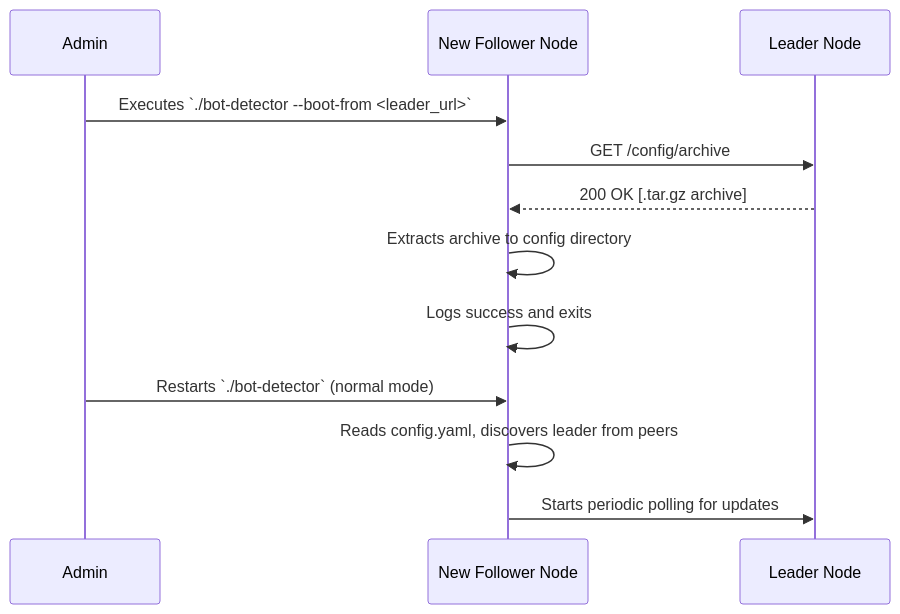
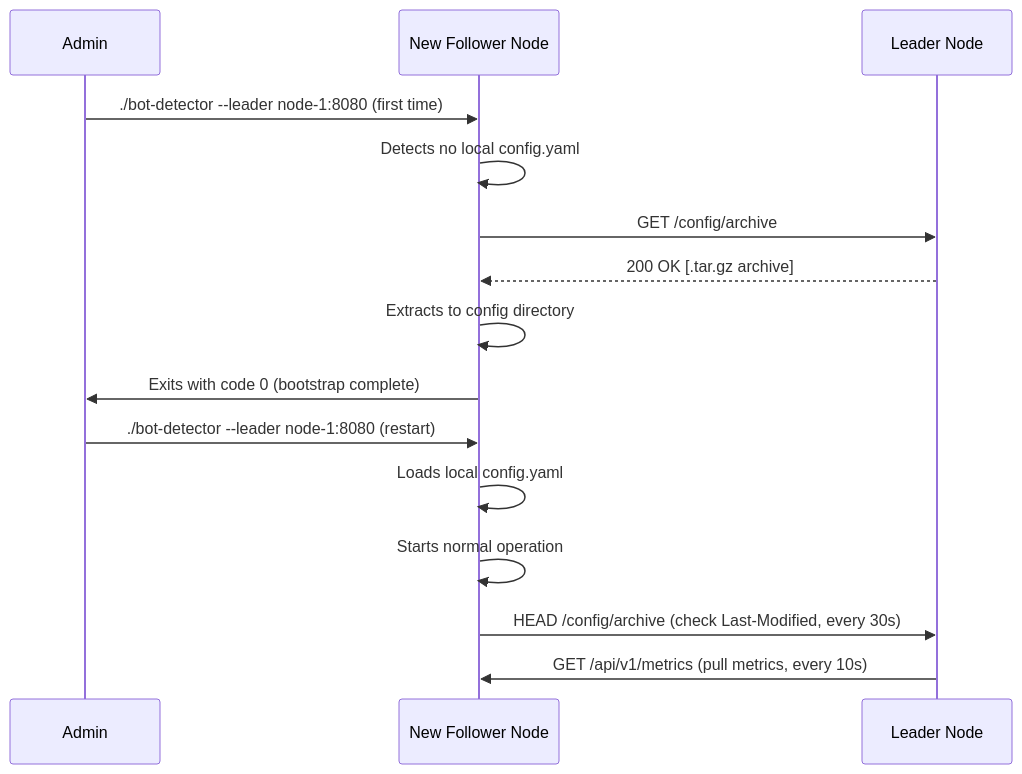
Before and after one commit to metabrainz/bot-detector: the second of 3 diagrams in docs/ClusterConfiguration.md, drawn with Mermaid. The commit also changed other lines of this file, not shown here.

First line of the commit message:
docs(cluster): Refine cluster architecture specification

````diff
--- a/docs/ClusterConfiguration.md
+++ b/docs/ClusterConfiguration.md
@@ -90,15 +208,19 @@
 ```mermaid
 sequenceDiagram
     participant Admin
     participant NewFollower as New Follower Node
     participant Leader as Leader Node
 
-    Admin->>NewFollower: Executes `./bot-detector --boot-from <leader_url>`
+    Admin->>NewFollower: ./bot-detector --leader node-1:8080 (first time)
+    NewFollower->>NewFollower: Detects no local config.yaml
     NewFollower->>Leader: GET /config/archive
     Leader-->>NewFollower: 200 OK [.tar.gz archive]
-    NewFollower->>NewFollower: Extracts archive to config directory
-    NewFollower->>NewFollower: Logs success and exits
-    Admin->>NewFollower: Restarts `./bot-detector` (normal mode)
-    NewFollower->>NewFollower: Reads config.yaml, discovers leader from peers
-    NewFollower->>Leader: Starts periodic polling for updates
+    NewFollower->>NewFollower: Extracts to config directory
+    NewFollower->>Admin: Exits with code 0 (bootstrap complete)
+
+    Admin->>NewFollower: ./bot-detector --leader node-1:8080 (restart)
+    NewFollower->>NewFollower: Loads local config.yaml
+    NewFollower->>NewFollower: Starts normal operation
+    NewFollower->>Leader: HEAD /config/archive (check Last-Modified, every 30s)
+    Leader->>NewFollower: GET /api/v1/metrics (pull metrics, every 10s)
 ```
````
